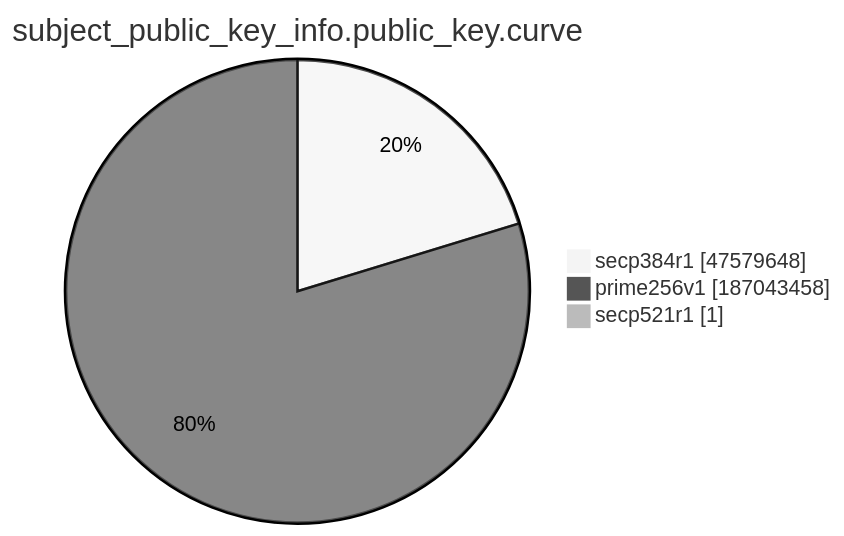
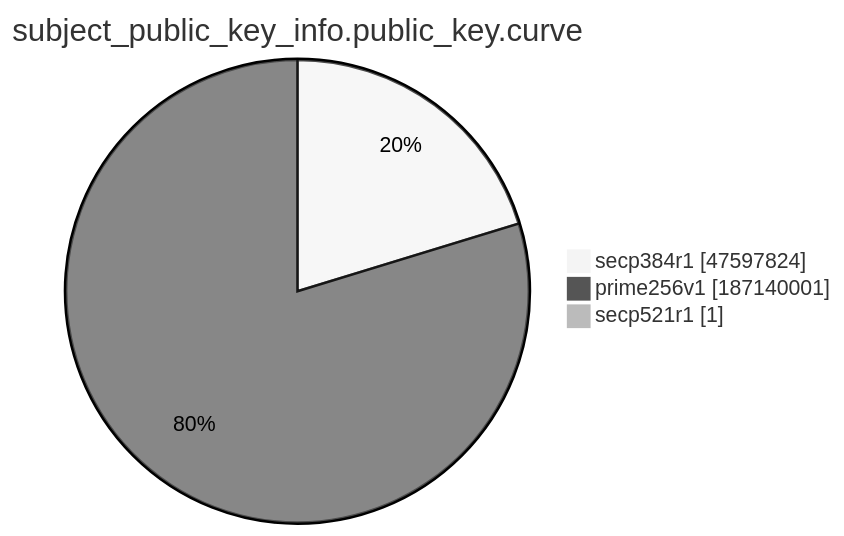
The ninth of 15 diagrams in xenon2022/README.md (christiankrug/ctmonitor_visualization), drawn with Mermaid (neutral theme) before and after one commit. The commit also changed other lines of this file, not shown here.

````diff
--- a/xenon2022/README.md
+++ b/xenon2022/README.md
@@ -2874,7 +2874,7 @@
 ```mermaid
 pie showData
 title subject_public_key_info.public_key.curve
-"secp384r1" :47579648
-"prime256v1" :187043458
+"secp384r1" :47597824
+"prime256v1" :187140001
 "secp521r1" :1
 ```
````
